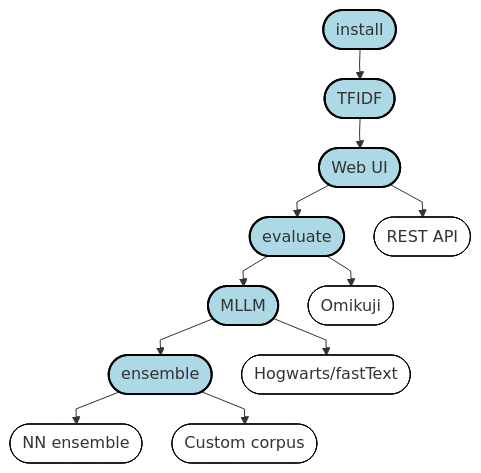
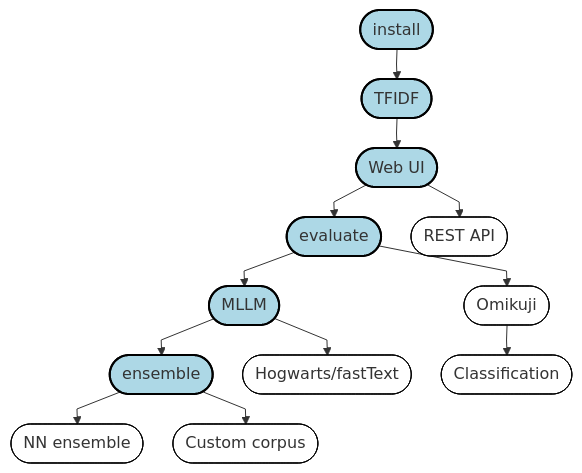
The diagram in exercises/README.md (NatLibFi/Annif-tutorial), drawn with Mermaid before and after one commit. The commit also changed 6 other files, not shown here.

````diff
--- a/exercises/README.md
+++ b/exercises/README.md
@@ -13,37 +13,39 @@
 ```mermaid
 %%{
     init: {
        "flowchart": {
            "nodeSpacing": 30,
            "rankSpacing": 30,
            "useMaxWidth": false,
            "curve": "linear"
         }
     }
 }%%
 flowchart TD
     classDef core fill:#ADD8E6,stroke:#000000,stroke-width:2px;
     classDef optional fill:#ffffff,stroke:#000000,stroke-width:1px;
 
     install([install]) --> tfidf([TFIDF])
     tfidf --> webui([Web UI])
     webui --> eval([evaluate])
     eval --> mllm([MLLM])
     mllm --> ensemble([ensemble])
     ensemble --> nn_ensemble([NN ensemble])
     ensemble --> custom([Custom corpus])
     mllm --> ft([Hogwarts/fastText])
     webui --> rest([REST API])
     eval --> omikuji([Omikuji])
+    omikuji --> classification([Classification])
     class install core
     class tfidf core
     class webui core
     class eval core
     class mllm core
     class ensemble core
     class rest optional
     class omikuji optional
+    class classification optional
     class ft optional
     class custom optional
     class nn_ensemble optional
 ```
````
